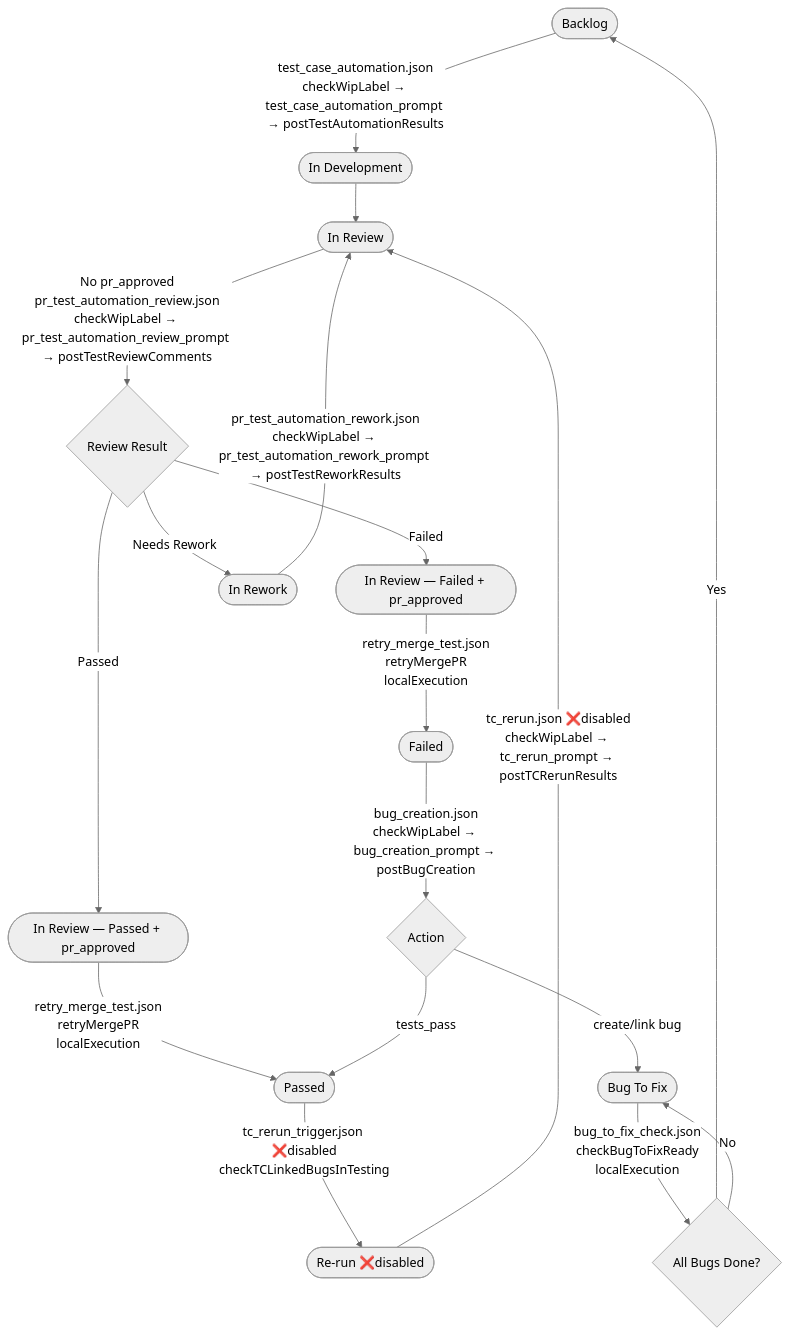
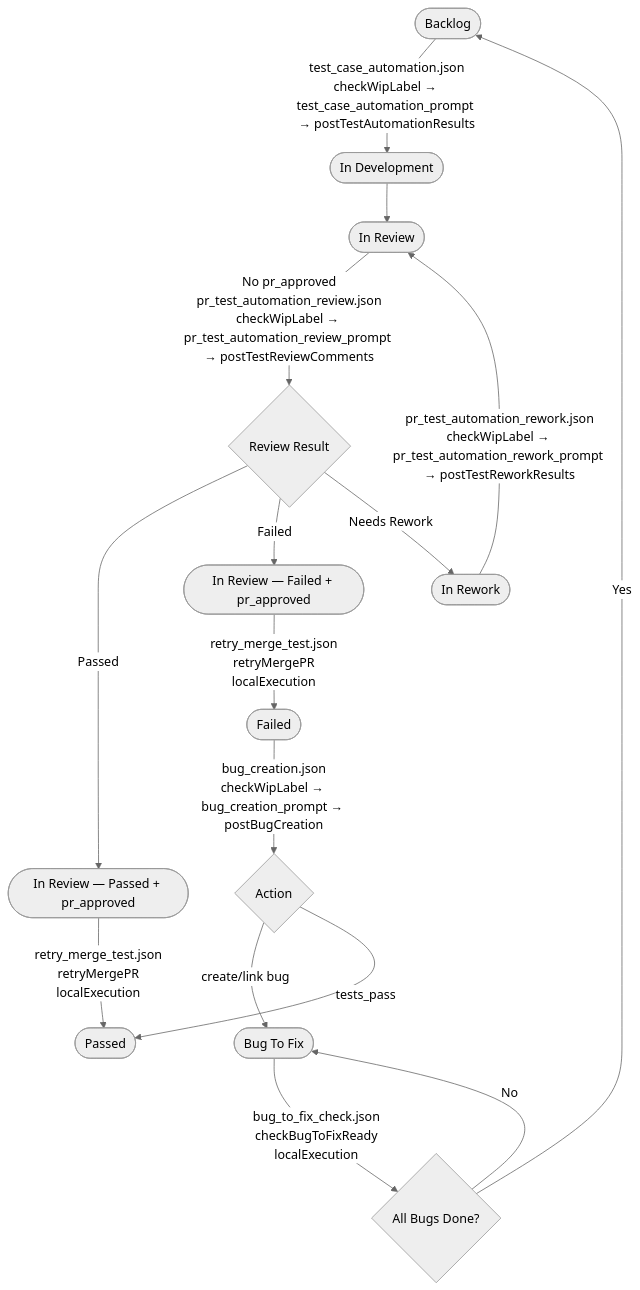
Before and after one commit to holodog/dmtools-agents: the second of 2 diagrams in README.md, drawn with Mermaid (neutral theme). The commit also changed other lines of this file and 7 other files, not shown here.

First line of the commit message:
Remove TC re-run feature (tc_rerun, tc_rerun_trigger)

````diff
--- a/README.md
+++ b/README.md
@@ -96,20 +96,18 @@
 ```mermaid
 flowchart TD
     A([Backlog]) -->|"test_case_automation.json<br/>checkWipLabel → test_case_automation_prompt → postTestAutomationResults"| B([In Development])
     B --> C([In Review])
     C -->|"No pr_approved<br/>pr_test_automation_review.json<br/>checkWipLabel → pr_test_automation_review_prompt → postTestReviewComments"| D{Review Result}
     D -->|Passed| E([In Review — Passed + pr_approved])
     D -->|Failed| F([In Review — Failed + pr_approved])
     D -->|Needs Rework| G([In Rework])
     G -->|"pr_test_automation_rework.json<br/>checkWipLabel → pr_test_automation_rework_prompt → postTestReworkResults"| C
     E -->|"retry_merge_test.json<br/>retryMergePR<br/>localExecution"| H([Passed])
     F -->|"retry_merge_test.json<br/>retryMergePR<br/>localExecution"| I([Failed])
     I -->|"bug_creation.json<br/>checkWipLabel → bug_creation_prompt → postBugCreation"| J{Action}
     J -->|create/link bug| K([Bug To Fix])
     J -->|tests_pass| H
     K -->|"bug_to_fix_check.json<br/>checkBugToFixReady<br/>localExecution"| L{All Bugs Done?}
     L -->|Yes| A
     L -->|No| K
-    H -->|"tc_rerun_trigger.json ❌disabled<br/>checkTCLinkedBugsInTesting"| M([Re-run ❌disabled])
-    M -->|"tc_rerun.json ❌disabled<br/>checkWipLabel → tc_rerun_prompt → postTCRerunResults"| C
 ```
````
